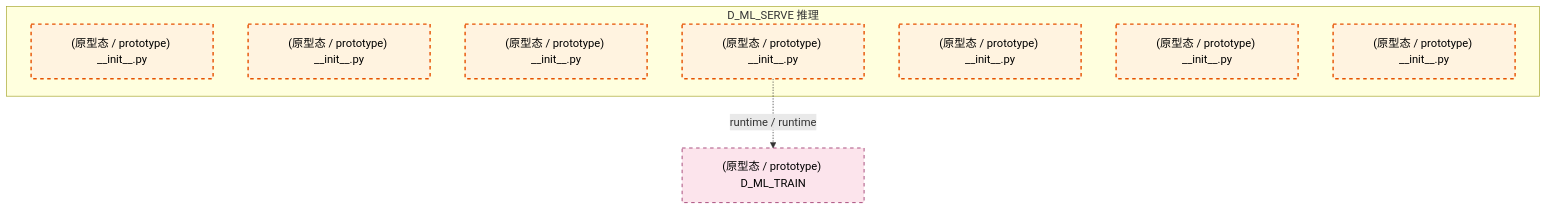
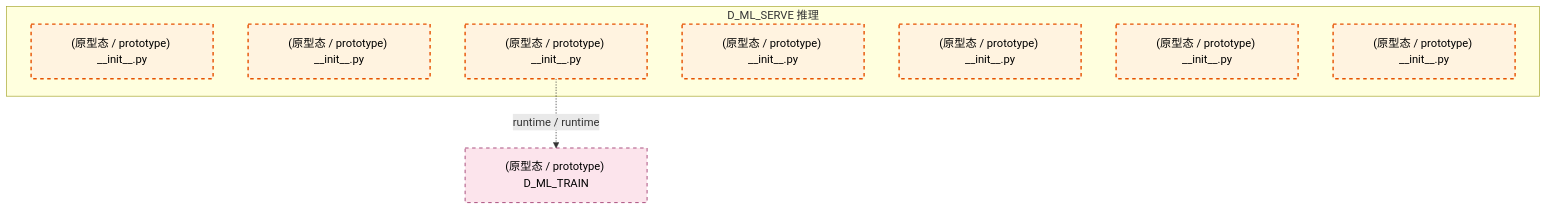
One commit to xuanFelixVan/ZephyrAlpha changed the second of 3 diagrams in docs/02_enterprise_architecture/02_domain_architecture_docs/49_d_ml_serve.md. Above: the diagram before and after it, drawn with Mermaid. The commit also changed other lines of this file and 100 other files, not shown here.

````diff
--- a/docs/02_enterprise_architecture/02_domain_architecture_docs/49_d_ml_serve.md
+++ b/docs/02_enterprise_architecture/02_domain_architecture_docs/49_d_ml_serve.md
@@ -106,20 +106,20 @@
 ```mermaid
 graph TD
     subgraph D_ML_SERVE["D_ML_SERVE 推理"]
         src_zephyr_ml_serve_init_py["(原型态 / prototype) __init__.py"]
         src_zephyr_ml_serve_extensions_init_py["(原型态 / prototype) __init__.py"]
         src_zephyr_ml_serve_api_init_py["(原型态 / prototype) __init__.py"]
         src_zephyr_ml_serve_core_init_py["(原型态 / prototype) __init__.py"]
         src_zephyr_ml_serve_infrastructure_init_py["(原型态 / prototype) __init__.py"]
         src_zephyr_ml_serve_models_init_py["(原型态 / prototype) __init__.py"]
         src_zephyr_ml_serve_services_init_py["(原型态 / prototype) __init__.py"]
     end
     D_ML_TRAIN["(原型态 / prototype) D_ML_TRAIN"]
-    src_zephyr_ml_serve_core_init_py -.->|runtime / runtime| D_ML_TRAIN
+    src_zephyr_ml_serve_api_init_py -.->|runtime / runtime| D_ML_TRAIN
     classDef production fill:#e1f5fe,stroke:#01579b,stroke-width:2px,color:#000
     classDef design fill:#fff3e0,stroke:#e65100,stroke-width:2px,color:#000,stroke-dasharray: 5 5
     classDef external_prod fill:#e8f5e9,stroke:#1b5e20,stroke-width:1px,color:#000
     classDef external_design fill:#fce4ec,stroke:#880e4f,stroke-width:1px,color:#000,stroke-dasharray: 5 5
     class src_zephyr_ml_serve_init_py,src_zephyr_ml_serve_extensions_init_py,src_zephyr_ml_serve_api_init_py,src_zephyr_ml_serve_core_init_py,src_zephyr_ml_serve_infrastructure_init_py,src_zephyr_ml_serve_models_init_py,src_zephyr_ml_serve_services_init_py design
     class D_ML_TRAIN external_design
 ```
````
